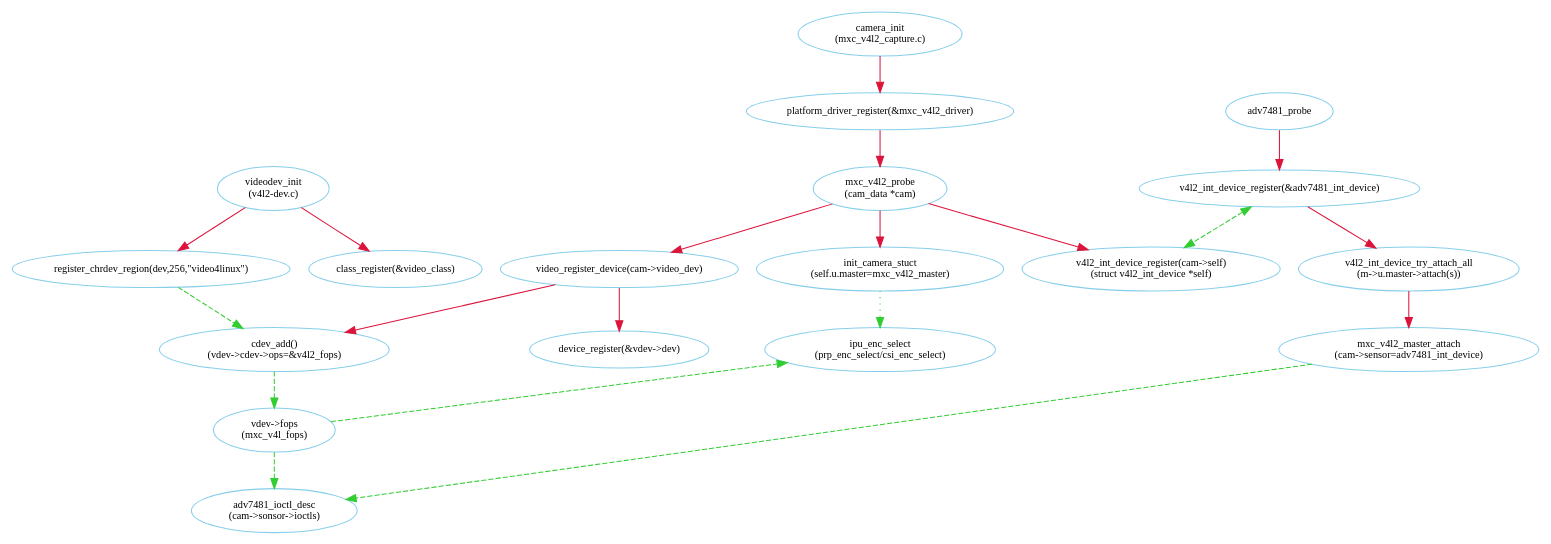
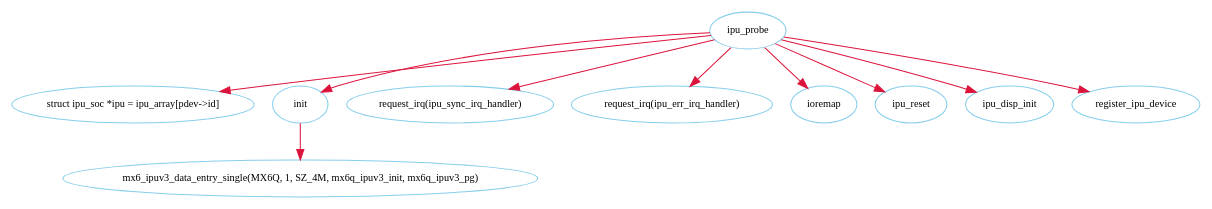
Before and after one commit to walte/graphdot: the diagram in kernel/mxc_ipu.dot, drawn with Graphviz. The commit also changed 1 other file, not shown here.

```diff
--- a/kernel/mxc_ipu.dot
+++ b/kernel/mxc_ipu.dot
@@ -1,96 +1,110 @@
 /*
 node
 color: naveblue, skyblue, red, red4, crimson, forestgreen, limegreen
 style: solid, dotted, dashed, bold, rounded, filled
 shape:
 */
 
 /*
 edge
 color: naveblue, skyblue, red, red4, crimson, forestgreen, limegreen
 style: solid, dotted, dashed, bold 
 shape: 
 */
 
 /*
 rankdir: TB BT LR RL
 */
 
 //ipuv3
 //drivers/mxc/ipu3/ipu_common.c
 
 //mipi
 //drivers/mxc/mipi/mxc_mipi_csi2.c
 
 //fb
 //drivers/video/mxc/mxc_ipuv3_fb.c
 
 //v4l2 input, output
 //drivers/media/video/mxc/capture/mxc_v4l2_capture.c
 //drivers/media/video/mxc/output/mxc_vout.c
 
 digraph ipu_dot{
 	fontname = "Verdana";
 	fontsize = 10;
 	rankdir=TB;
 	node [fontname = "Verdana", fontsize = 10, color="skyblue"];
 	edge [fontname = "Verdana", fontsize = 10, color="crimson", style="solid"];
 
 	//
+	platform_data_ipu[label="mx6_ipuv3_data_entry_single(MX6Q, 1, SZ_4M, mx6q_ipuv3_init, mx6q_ipuv3_pg)"];
+	struct_ipu_soc_ipu[label="struct ipu_soc *ipu = ipu_array\[pdev->id\]"];
+
+	ipu_probe -> struct_ipu_soc_ipu;
+	ipu_probe -> init -> platform_data_ipu;
+	ipu_probe -> "request_irq(ipu_sync_irq_handler)";
+	ipu_probe -> "request_irq(ipu_err_irq_handler)";
+	ipu_probe -> ioremap;
+ 	ipu_probe -> ipu_reset;
+ 	ipu_probe -> ipu_disp_init;
+ 	ipu_probe -> register_ipu_device;
+
+/*
 	videodev_init[label="videodev_init\n(v4l2-dev.c)"];
 	register_chrdev_region[label="register_chrdev_region(dev,256,\"video4linux\")"];
 	class_register[label="class_register(&video_class)"];
 
 	videodev_init -> register_chrdev_region;
 	videodev_init -> class_register;
 	register_chrdev_region->cdev_add[color="limegreen", style="dashed"];
 
 	//
 	video_register_device;
 	cdev_add[label="cdev_add()\n(vdev->cdev->ops=&v4l2_fops)"];
 	device_register[label="device_register(&vdev->dev)"];
 	vdev_fops[label="vdev->fops\n(mxc_v4l_fops)"]
 
 	video_register_device->cdev_add;
 	video_register_device->device_register;
 	cdev_add->vdev_fops[color="limegreen", style="dashed"];
 
 	//
 	camera_init[label="camera_init\n(mxc_v4l2_capture.c)"];
 	platform_driver_register[label="platform_driver_register(&mxc_v4l2_driver)"];
 	mxc_v4l2_probe[label="mxc_v4l2_probe\n(cam_data *cam)"];
 	init_camera_stuct[label="init_camera_stuct\n(self.u.master=mxc_v4l2_master)"];
 	v4l2_int_device_register_cap[label="v4l2_int_device_register(cam->self)\n(struct v4l2_int_device *self)"];
 	video_register_device[label="video_register_device(cam->video_dev)"];
 	v4l2_int_device_try_attach_all[label="v4l2_int_device_try_attach_all\n(m->u.master->attach(s))"];
 	mxc_v4l2_master_attach[label="mxc_v4l2_master_attach\n(cam->sensor=adv7481_int_device)"];
 
 	ipu_enc_select[label="ipu_enc_select\n(prp_enc_select/csi_enc_select)"]
 
 	camera_init->platform_driver_register
 	platform_driver_register->mxc_v4l2_probe
 	mxc_v4l2_probe->init_camera_stuct
 	mxc_v4l2_probe->v4l2_int_device_register_cap
 	//mxc_v4l2_probe->video_register_device[weight=8]
 	mxc_v4l2_probe->video_register_device
 
 	//ad7481
 	adv7481_probe
 	v4l2_int_device_register[label="v4l2_int_device_register(&adv7481_int_device)"]
 	adv7481_ioctl_desc[label="adv7481_ioctl_desc\n(cam->sonsor->ioctls)"]
 
 	adv7481_probe->v4l2_int_device_register
 	v4l2_int_device_register->v4l2_int_device_try_attach_all
 	v4l2_int_device_try_attach_all->mxc_v4l2_master_attach
 
 	v4l2_int_device_register->v4l2_int_device_register_cap[color="limegreen", style="dashed", dir="both"]
 
 	//
 	vdev_fops->adv7481_ioctl_desc[color="limegreen", style="dashed"];
 	//v4l2_int_device_register->adv7481_ioctl_desc[color="limegreen", style="dashed", weith=8, constraint="false"];
 	mxc_v4l2_master_attach->adv7481_ioctl_desc[color="limegreen", style="dashed", weith=8, constraint="false"];
 
 	//
 	init_camera_stuct->ipu_enc_select[color="limegreen", style="dotted"]
 	vdev_fops->ipu_enc_select[color="limegreen", style="dashed", constraint="false"]
+	*/
 }
```
